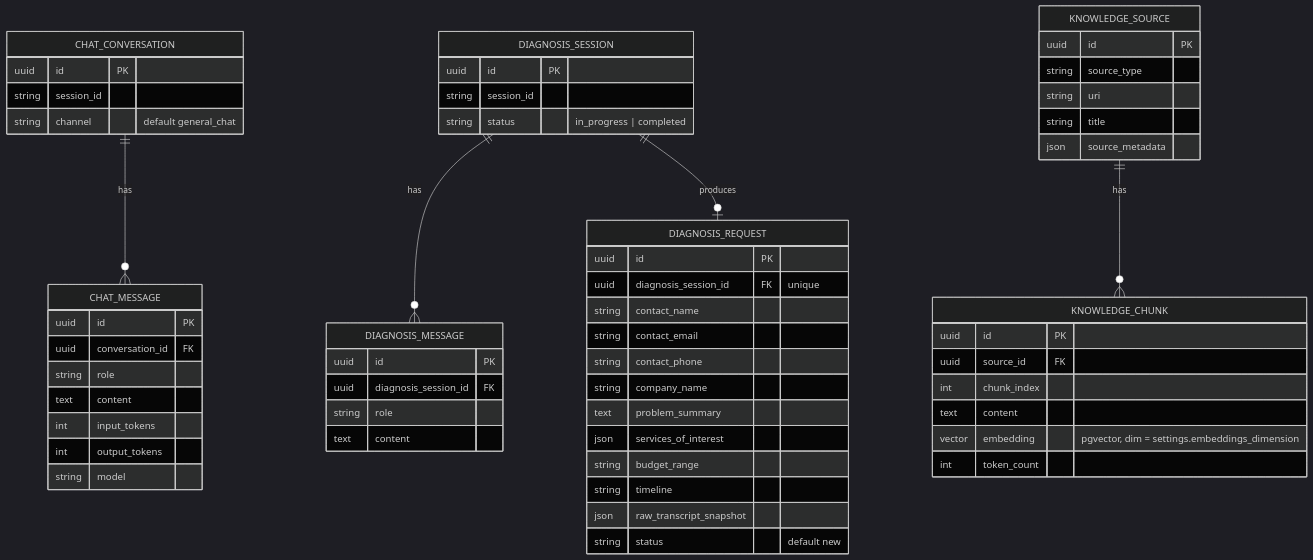
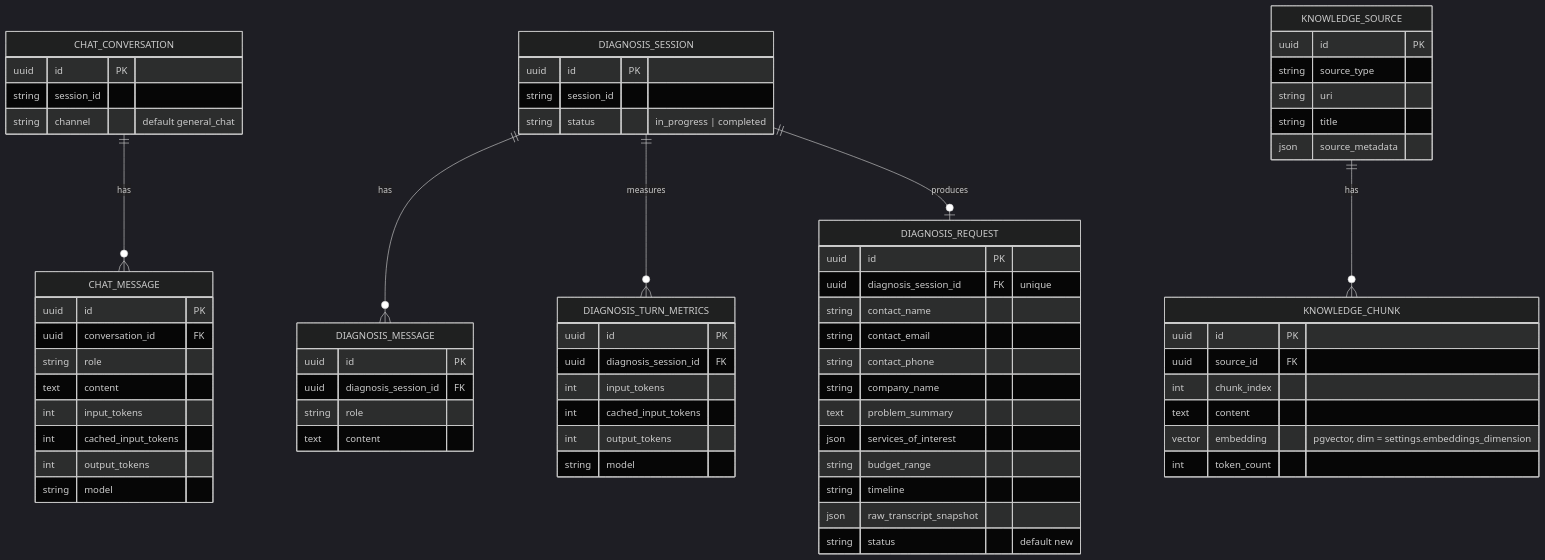
The second of 3 diagrams in README.md (acidevbutter/butter_mind), drawn with Mermaid (dark theme) before and after one commit. The commit also changed other lines of this file and 19 other files, not shown here.

````diff
--- a/README.md
+++ b/README.md
@@ -113,62 +114,72 @@
 ```mermaid
 erDiagram
     CHAT_CONVERSATION ||--o{ CHAT_MESSAGE : has
     DIAGNOSIS_SESSION ||--o{ DIAGNOSIS_MESSAGE : has
+    DIAGNOSIS_SESSION ||--o{ DIAGNOSIS_TURN_METRICS : measures
     DIAGNOSIS_SESSION ||--o| DIAGNOSIS_REQUEST : produces
     KNOWLEDGE_SOURCE ||--o{ KNOWLEDGE_CHUNK : has
 
     CHAT_CONVERSATION {
         uuid id PK
         string session_id
         string channel "default general_chat"
     }
     CHAT_MESSAGE {
         uuid id PK
         uuid conversation_id FK
         string role
         text content
         int input_tokens
+        int cached_input_tokens
         int output_tokens
         string model
     }
     DIAGNOSIS_SESSION {
         uuid id PK
         string session_id
         string status "in_progress | completed"
     }
     DIAGNOSIS_MESSAGE {
         uuid id PK
         uuid diagnosis_session_id FK
         string role
         text content
+    }
+    DIAGNOSIS_TURN_METRICS {
+        uuid id PK
+        uuid diagnosis_session_id FK
+        int input_tokens
+        int cached_input_tokens
+        int output_tokens
+        string model
     }
     DIAGNOSIS_REQUEST {
         uuid id PK
         uuid diagnosis_session_id FK "unique"
         string contact_name
         string contact_email
         string contact_phone
         string company_name
         text problem_summary
         json services_of_interest
         string budget_range
         string timeline
         json raw_transcript_snapshot
         string status "default new"
     }
     KNOWLEDGE_SOURCE {
         uuid id PK
         string source_type
         string uri
         string title
         json source_metadata
     }
     KNOWLEDGE_CHUNK {
         uuid id PK
         uuid source_id FK
         int chunk_index
         text content
         vector embedding "pgvector, dim = settings.embeddings_dimension"
         int token_count
     }
 ```
````
